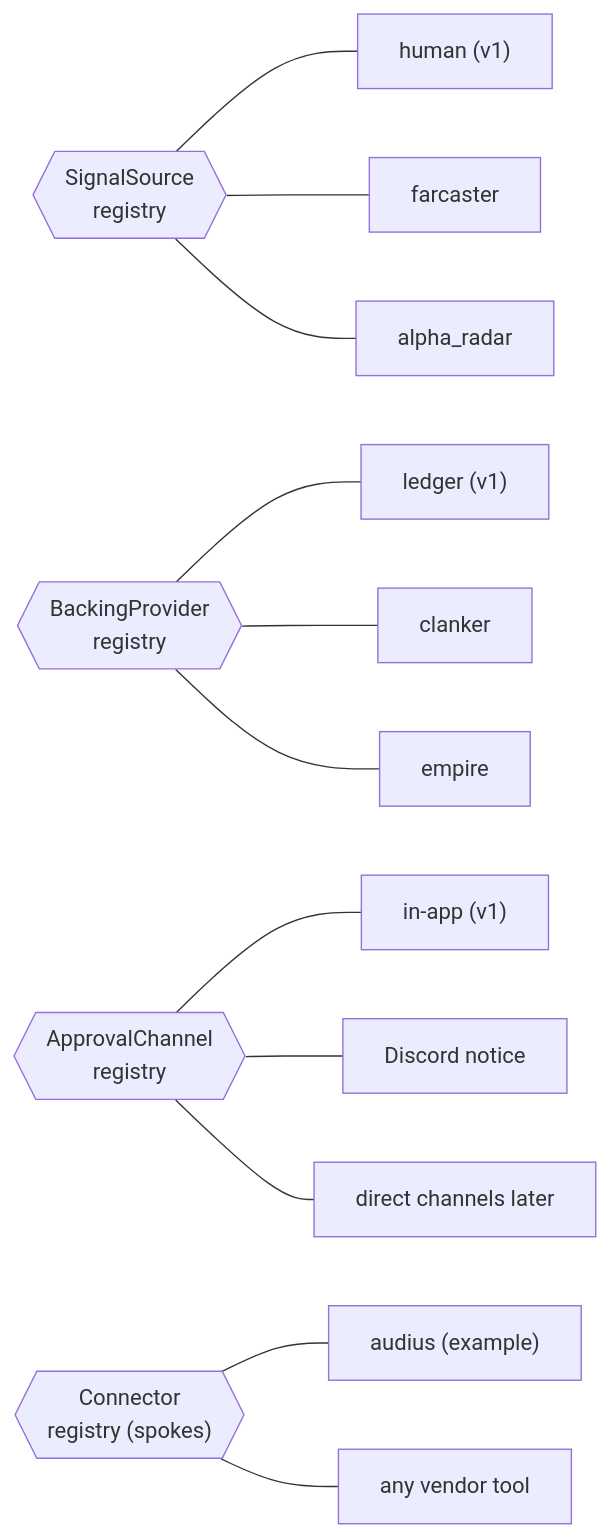
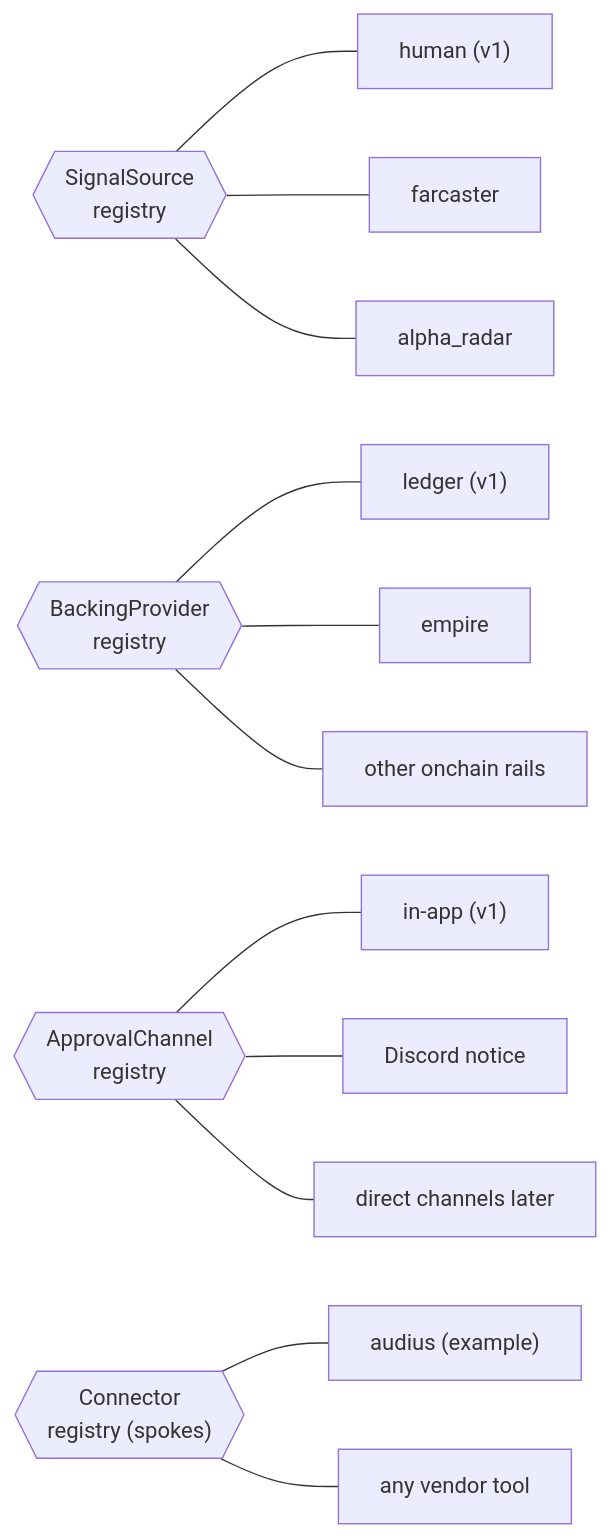
One commit to bettercallzaal/sparkz changed the sixth of 6 diagrams in README.md. Above: the diagram before and after it, drawn with Mermaid. The commit also changed other lines of this file, not shown here.

````diff
--- a/README.md
+++ b/README.md
@@ -331,7 +327,7 @@
 ```mermaid
 flowchart LR
   R1{{"SignalSource<br/>registry"}} --- H["human (v1)"] & FCa["farcaster"] & AR["alpha_radar"]
-  R2{{"BackingProvider<br/>registry"}} --- L["ledger (v1)"] & CL["clanker"] & EMp["empire"]
+  R2{{"BackingProvider<br/>registry"}} --- L["ledger (v1)"] & EMp["empire"] & OC["other onchain rails"]
   R3{{"ApprovalChannel<br/>registry"}} --- IA["in-app (v1)"] & DI["Discord notice"] & TG["direct channels later"]
   R4{{"Connector<br/>registry (spokes)"}} --- AU["audius (example)"] & VN["any vendor tool"]
 ```
````
